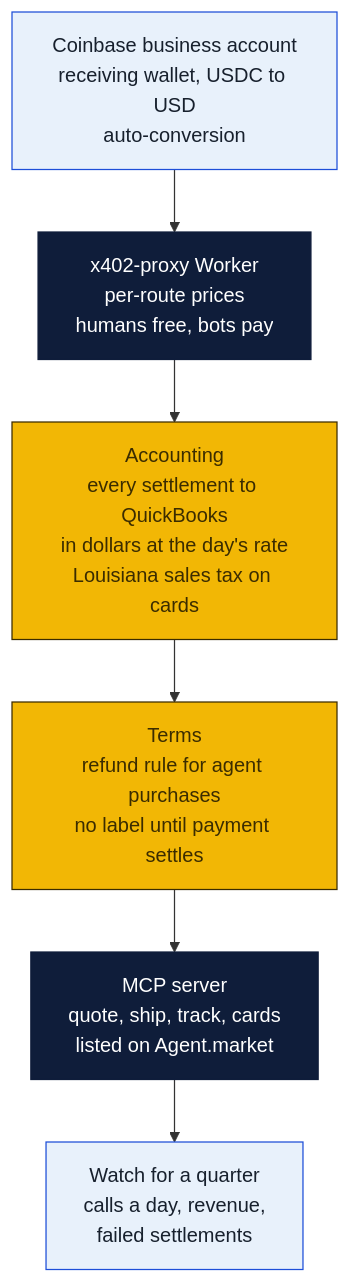
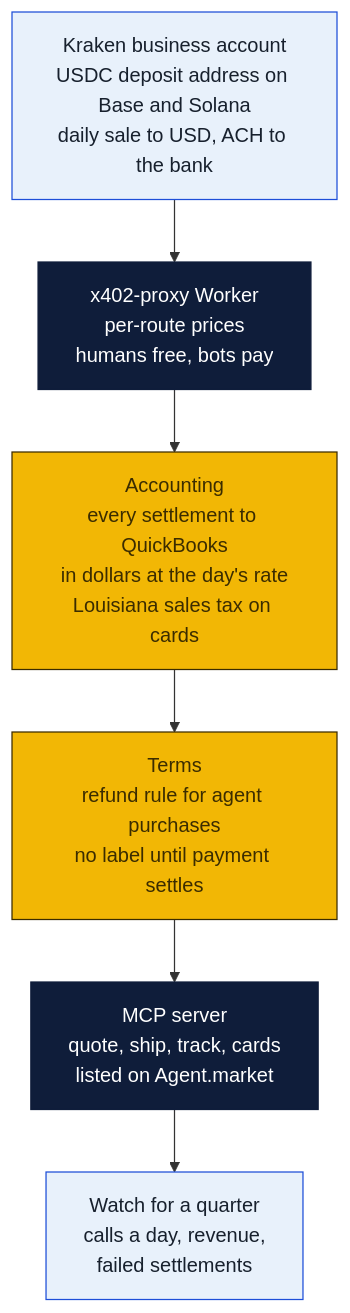
The sixth of 6 diagrams in monetization/x402/README.md (wbp318/goin-postal-forsythe), drawn with Mermaid before and after one commit. The commit also changed other lines of this file and 1 other file, not shown here.

First line of the commit message:
x402 plan: Kraken for the wallet, PayAI or self-hosted facilitator

````diff
--- a/monetization/x402/README.md
+++ b/monetization/x402/README.md
@@ -118,11 +143,11 @@
 ```mermaid
 flowchart TD
-  A["Coinbase business account<br/>receiving wallet, USDC to USD<br/>auto-conversion"]:::you --> B["x402-proxy Worker<br/>per-route prices<br/>humans free, bots pay"]:::cloud
+  A["Kraken business account<br/>USDC deposit address on Base and Solana<br/>daily sale to USD, ACH to the bank"]:::you --> B["x402-proxy Worker<br/>per-route prices<br/>humans free, bots pay"]:::cloud
   B --> C["Accounting<br/>every settlement to QuickBooks<br/>in dollars at the day's rate<br/>Louisiana sales tax on cards"]:::store
   C --> D["Terms<br/>refund rule for agent purchases<br/>no label until payment settles"]:::store
   D --> E["MCP server<br/>quote, ship, track, cards<br/>listed on Agent.market"]:::cloud
   E --> F["Watch for a quarter<br/>calls a day, revenue,<br/>failed settlements"]:::you
   classDef store fill:#f2b705,stroke:#3b2c00,color:#3b2c00
   classDef cloud fill:#0f1d3a,stroke:#0f1d3a,color:#ffffff
   classDef you fill:#e8f1fb,stroke:#1d4ed8,color:#17202d
 ```
````
